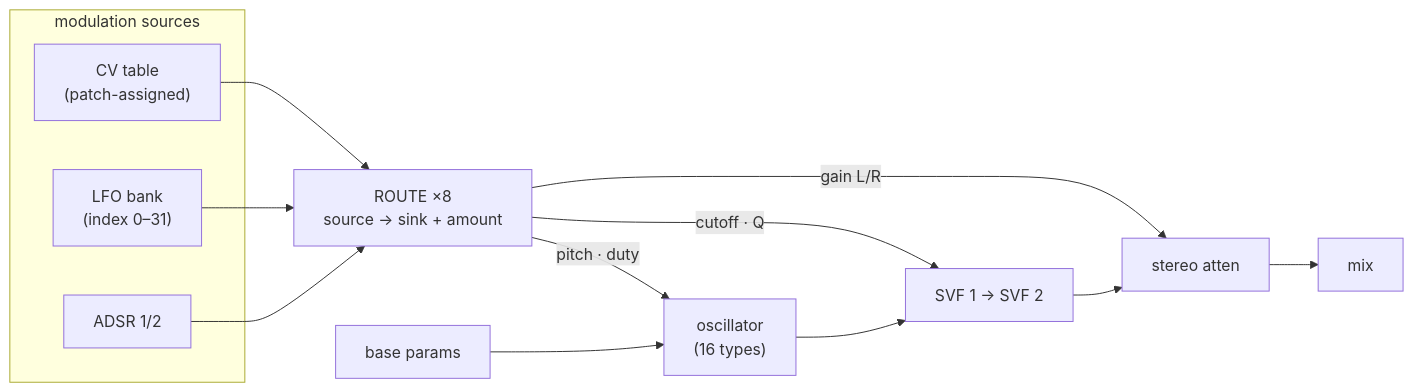
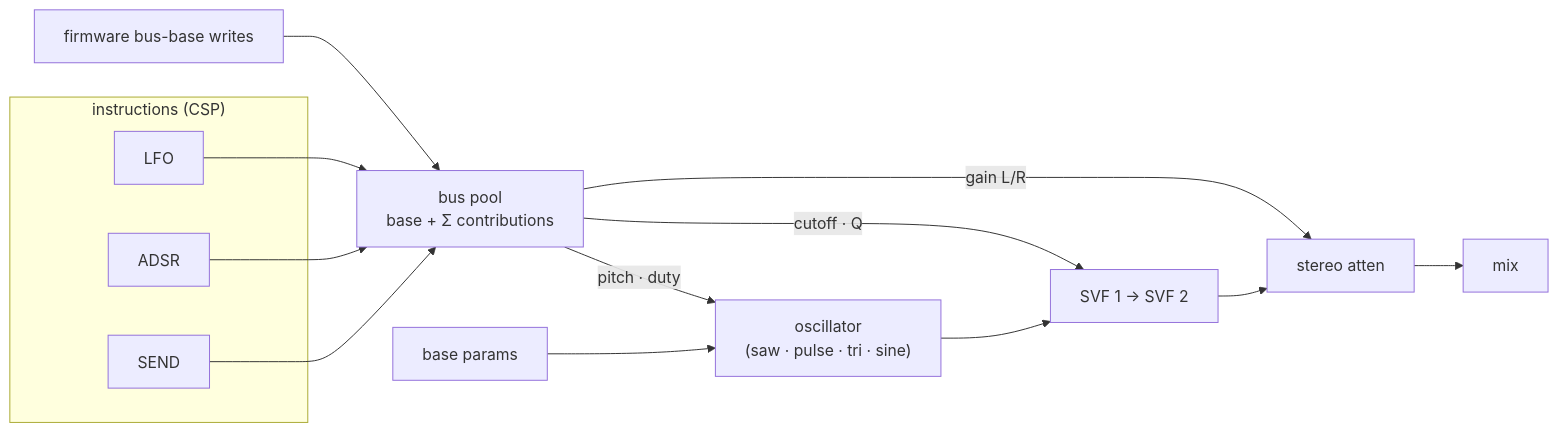
One commit to Thorwegian/noaidi-fpga-synth changed the second of 2 diagrams in docs/memory_map.md. Above: the diagram before and after it, drawn with Mermaid. The commit also changed other lines of this file and 8 other files, not shown here.

````diff
--- a/docs/memory_map.md
+++ b/docs/memory_map.md
@@ -70,17 +63,17 @@
 ```mermaid
 flowchart LR
-    subgraph SRC["modulation sources"]
-        C["CV table<br/>(patch-assigned)"]
-        L["LFO bank<br/>(index 0–31)"]
-        A["ADSR 1/2"]
+    subgraph SRC["instructions (CSP)"]
+        L["LFO"]
+        A["ADSR"]
+        S["SEND"]
     end
-    RT["ROUTE ×8<br/>source → sink + amount"]
-    C --> RT
-    L --> RT
-    A --> RT
-    RT -- "pitch · duty" --> OSC["oscillator<br/>(16 types)"]
-    RT -- "cutoff · Q" --> SVF["SVF 1 → SVF 2"]
-    RT -- "gain L/R" --> ATT["stereo atten"]
+    FW["firmware bus-base writes"] --> BUS["bus pool<br/>base + Σ contributions"]
+    L --> BUS
+    A --> BUS
+    S --> BUS
+    BUS -- "pitch · duty" --> OSC["oscillator<br/>(saw · pulse · tri · sine)"]
+    BUS -- "cutoff · Q" --> SVF["SVF 1 → SVF 2"]
+    BUS -- "gain L/R" --> ATT["stereo atten"]
     B["base params"] --> OSC
     OSC --> SVF --> ATT --> MIX["mix"]
 ```
````
